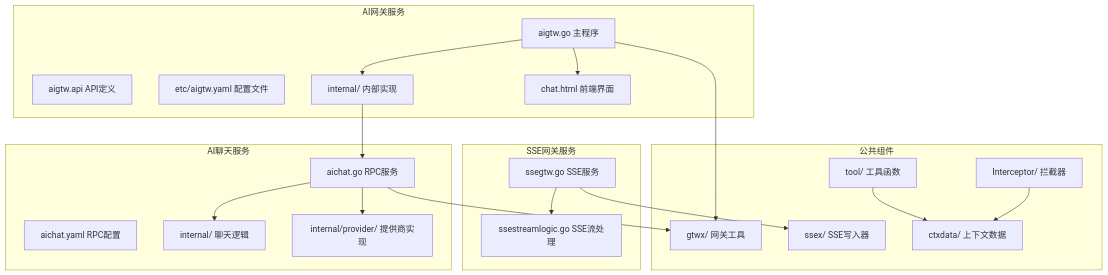
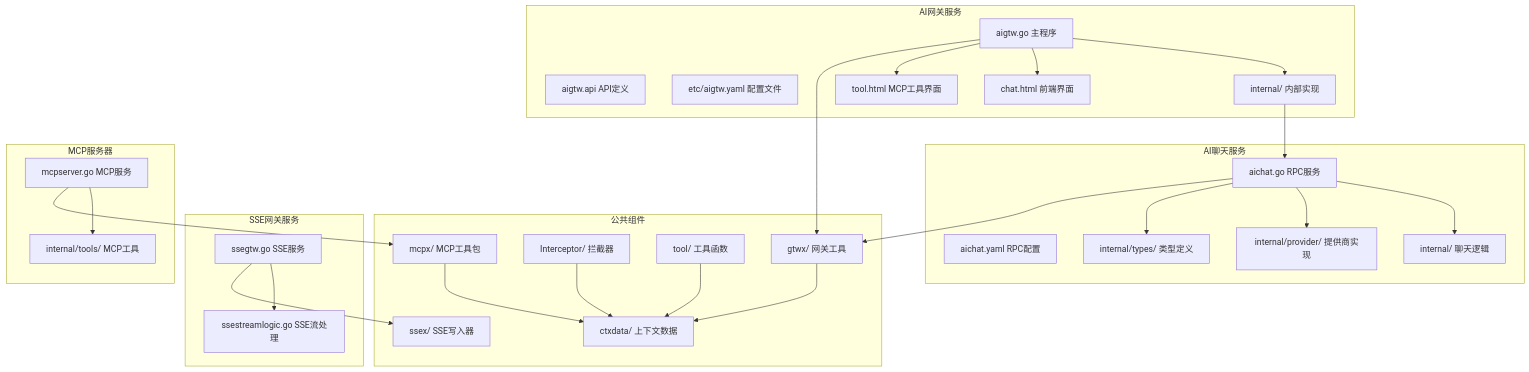
Before and after one commit to maomao94/zero-service: the first of 19 diagrams in .qoder/repowiki/zh/content/网关与接口/AI网关服务.md, drawn with Mermaid. The commit also changed other lines of this file and 58 other files, not shown here.

````diff
--- a/.qoder/repowiki/zh/content/网关与接口/AI网关服务.md
+++ b/.qoder/repowiki/zh/content/网关与接口/AI网关服务.md
@@ -75,38 +106,51 @@
 ```mermaid
 graph TB
 subgraph "AI网关服务"
 A[aigtw.go 主程序]
 B[aigtw.api API定义]
 C[etc/aigtw.yaml 配置文件]
 D[internal/ 内部实现]
 E[chat.html 前端界面]
+F[tool.html MCP工具界面]
 end
 subgraph "AI聊天服务"
-F[aichat.go RPC服务]
-G[aichat.yaml RPC配置]
-H[internal/ 聊天逻辑]
-I[internal/provider/ 提供商实现]
+G[aichat.go RPC服务]
+H[aichat.yaml RPC配置]
+I[internal/ 聊天逻辑]
+J[internal/provider/ 提供商实现]
+K[internal/types/ 类型定义]
 end
 subgraph "SSE网关服务"
-J[ssegtw.go SSE服务]
-K[ssestreamlogic.go SSE流处理]
+L[ssegtw.go SSE服务]
+M[ssestreamlogic.go SSE流处理]
+end
+subgraph "MCP服务器"
+N[mcpserver.go MCP服务]
+O[internal/tools/ MCP工具]
 end
 subgraph "公共组件"
-L[gtwx/ 网关工具]
-M[Interceptor/ 拦截器]
-N[ssex/ SSE写入器]
-O[ctxdata/ 上下文数据]
-P[tool/ 工具函数]
+P[gtwx/ 网关工具]
+Q[Interceptor/ 拦截器]
+R[ssex/ SSE写入器]
+S[ctxdata/ 上下文数据]
+T[tool/ 工具函数]
+U[mcpx/ MCP工具包]
 end
 A --> D
 A --> E
-D --> F
-F --> H
-F --> I
-A --> L
-F --> L
-J --> K
-J --> N
-M --> O
-P --> O
+A --> F
+D --> G
+G --> I
+G --> J
+G --> K
+A --> P
+G --> P
+L --> M
+L --> R
+N --> O
+N --> U
+P --> S
+Q --> S
+T --> S
+U --> S
 ```
````
